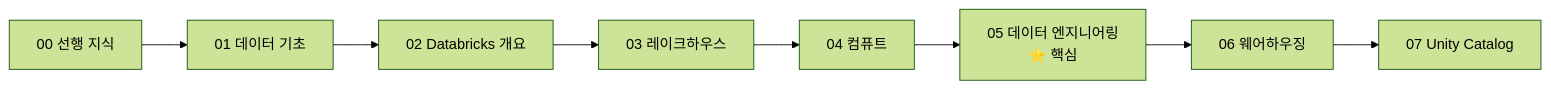
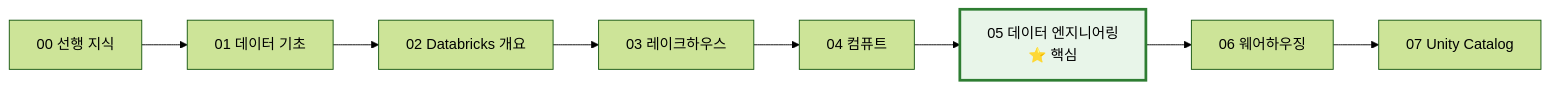
Before and after one commit to SimyungYang/simyung-dbx-training: the second of 5 diagrams in 13-appendix/learning-path.md, drawn with Mermaid (forest theme). The commit also changed other lines of this file and 37 other files, not shown here.

````diff
--- a/13-appendix/learning-path.md
+++ b/13-appendix/learning-path.md
@@ -7,10 +68,12 @@
 ```mermaid
 graph LR
     A["00 선행 지식"] --> B["01 데이터 기초"]
     B --> C["02 Databricks 개요"]
     C --> D["03 레이크하우스"]
     D --> E["04 컴퓨트"]
     E --> F["05 데이터 엔지니어링<br/>⭐ 핵심"]
     F --> G["06 웨어하우징"]
     G --> H["07 Unity Catalog"]
+
+    style F fill:#e8f5e9,stroke:#2e7d32,stroke-width:3px
 ```
````
